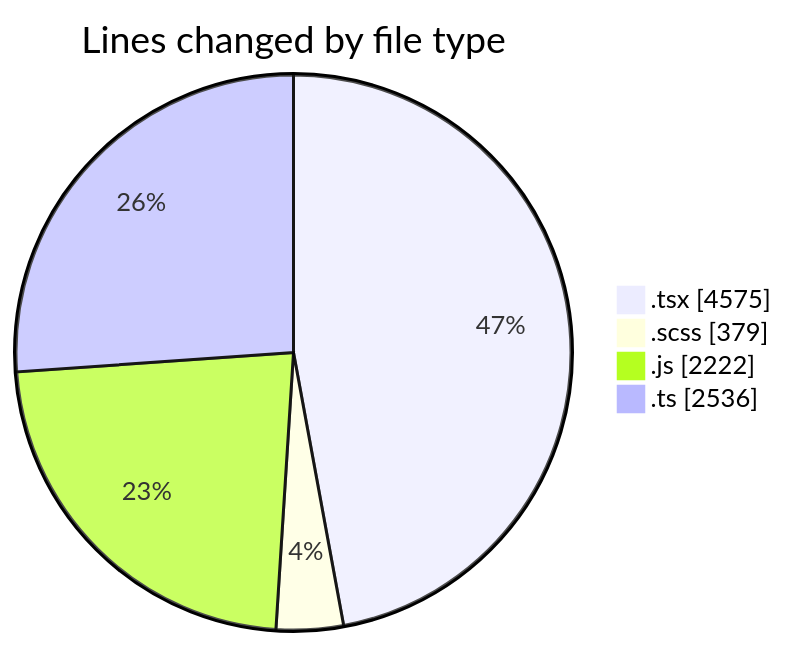
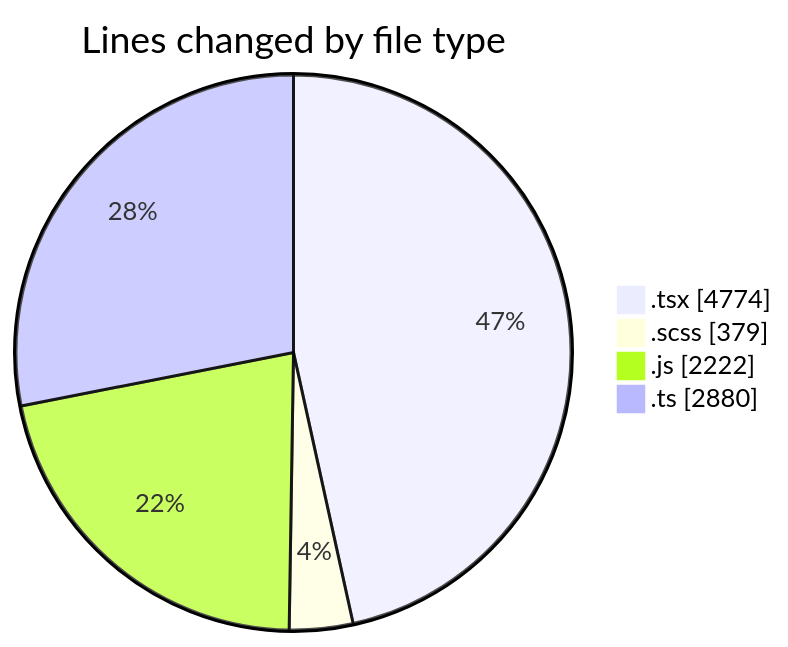
The first of 2 diagrams in 2026-06-17/cda/README.md (momahboobian/code-tracking), drawn with Mermaid before and after one commit. The commit also changed other lines of this file and 1 other file, not shown here.

````diff
--- a/2026-06-17/cda/README.md
+++ b/2026-06-17/cda/README.md
@@ -57,8 +60,8 @@
 ```mermaid
 pie showData
 title Lines changed by file type
-".tsx" : 4575
+".tsx" : 4774
 ".scss" : 379
 ".js" : 2222
-".ts" : 2536
+".ts" : 2880
 ```
````
